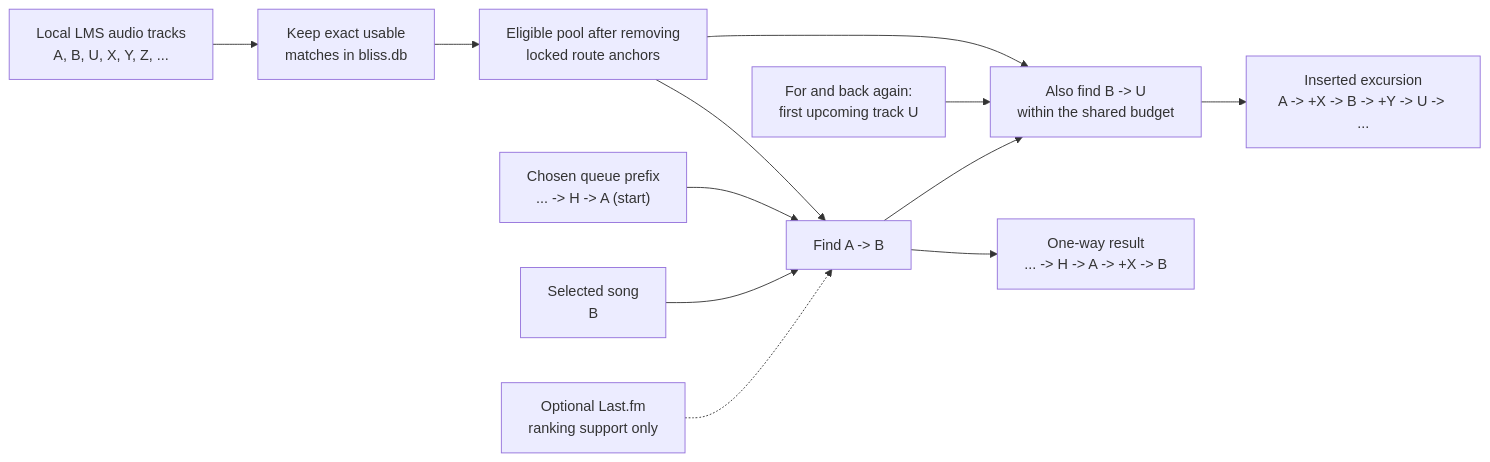
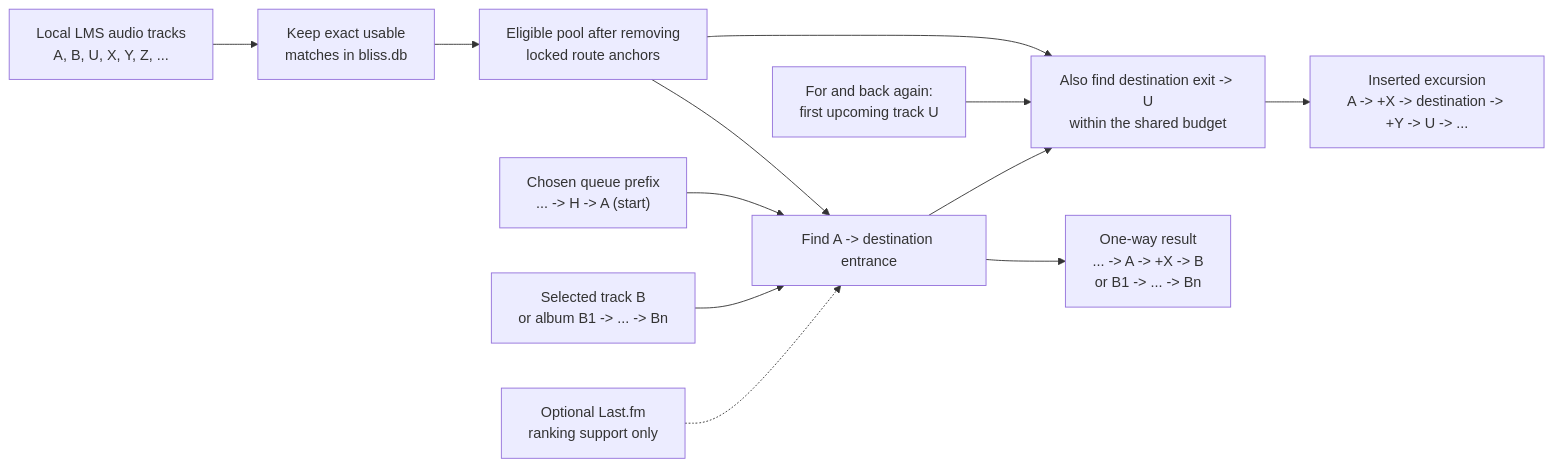
One commit to chrober/lms-better-call-bliss changed the second of 13 diagrams in ALGORITHMS.md. Above: the diagram before and after it, drawn with Mermaid. The commit also changed other lines of this file and 16 other files, not shown here.

Commit message:
Add complete album destination routes

```diff
--- a/ALGORITHMS.md
+++ b/ALGORITHMS.md
@@ -130,14 +132,14 @@
 ~~~mermaid
 flowchart LR
     L["Local LMS audio tracks<br/>A, B, U, X, Y, Z, ..."] --> I["Keep exact usable<br/>matches in bliss.db"]
     I --> E["Eligible pool after removing<br/>locked route anchors"]
-    Q["Chosen queue prefix<br/>... -> H -> A (start)"] --> F["Find A -> B"]
-    D["Selected song<br/>B"] --> F
+    Q["Chosen queue prefix<br/>... -> H -> A (start)"] --> F["Find A -> destination entrance"]
+    D["Selected track B<br/>or album B1 -> ... -> Bn"] --> F
     E --> F
     M["Optional Last.fm<br/>ranking support only"] -.-> F
-    F --> R["One-way result<br/>... -> H -> A -> +X -> B"]
-    U["For and back again:<br/>first upcoming track U"] --> G["Also find B -> U<br/>within the shared budget"]
+    F --> R["One-way result<br/>... -> A -> +X -> B<br/>or B1 -> ... -> Bn"]
+    U["For and back again:<br/>first upcoming track U"] --> G["Also find destination exit -> U<br/>within the shared budget"]
     F --> G
     E --> G
-    G --> T["Inserted excursion<br/>A -> +X -> B -> +Y -> U -> ..."]
+    G --> T["Inserted excursion<br/>A -> +X -> destination -> +Y -> U -> ..."]
 ~~~
```
